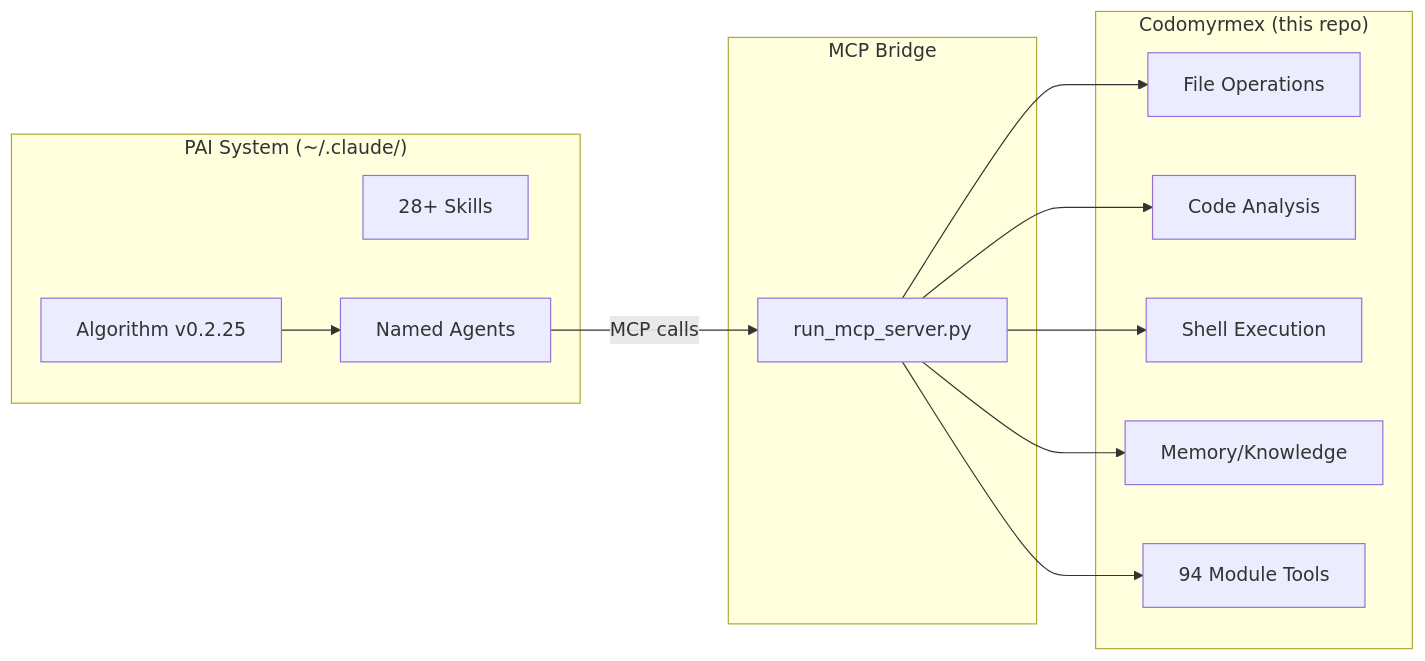
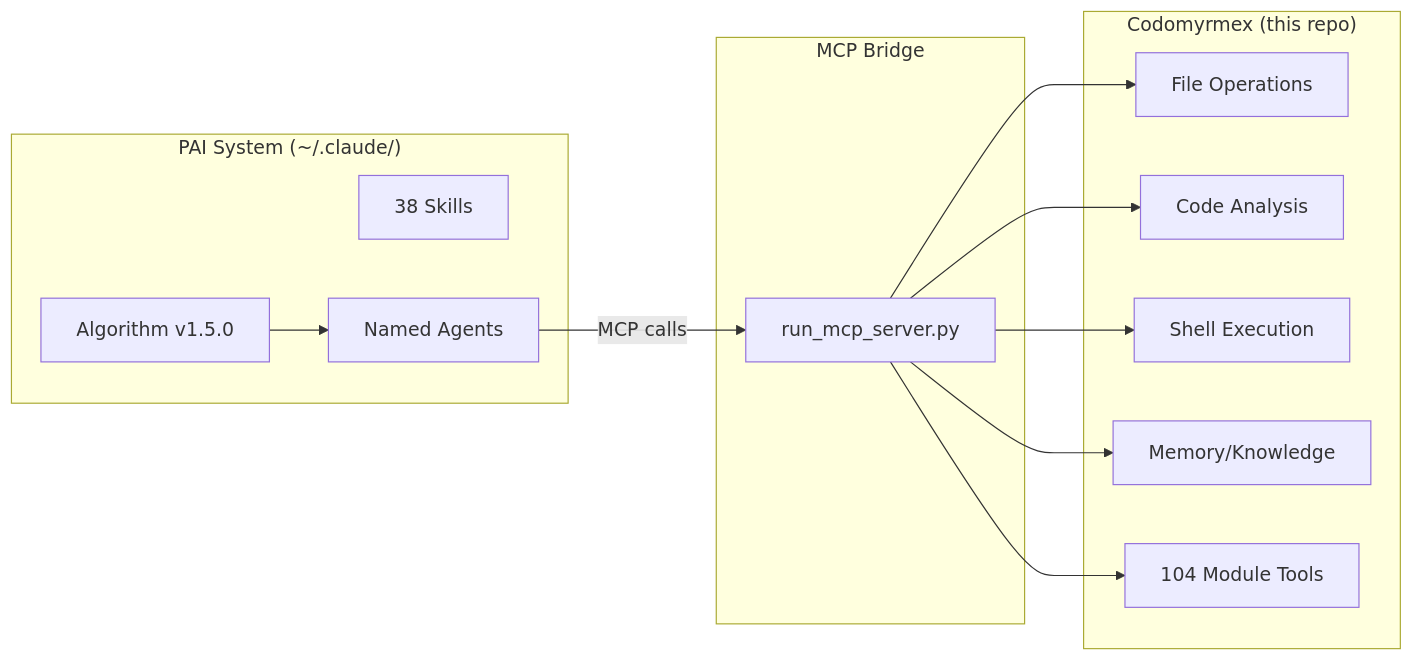
The diagram in PAI.md (docxology/codomyrmex), drawn with Mermaid before and after one commit. The commit also changed other lines of this file and 712 other files, not shown here.

````diff
--- a/PAI.md
+++ b/PAI.md
@@ -35,28 +35,28 @@
 ```mermaid
 graph LR
     subgraph PAI ["PAI System (~/.claude/)"]
-        Algo["Algorithm v0.2.25"]
-        Skills["28+ Skills"]
+        Algo["Algorithm v1.5.0"]
+        Skills["38 Skills"]
         Agents["Named Agents"]
     end
 
     subgraph Bridge ["MCP Bridge"]
         Server["run_mcp_server.py"]
     end
 
     subgraph Codomyrmex ["Codomyrmex (this repo)"]
         FileOps["File Operations"]
         CodeAnalysis["Code Analysis"]
         Shell["Shell Execution"]
         Memory["Memory/Knowledge"]
-        Modules["94 Module Tools"]
+        Modules["104 Module Tools"]
     end
 
     Algo --> Agents
     Agents -->|"MCP calls"| Server
     Server --> FileOps
     Server --> CodeAnalysis
     Server --> Shell
     Server --> Memory
     Server --> Modules
 ```
````
